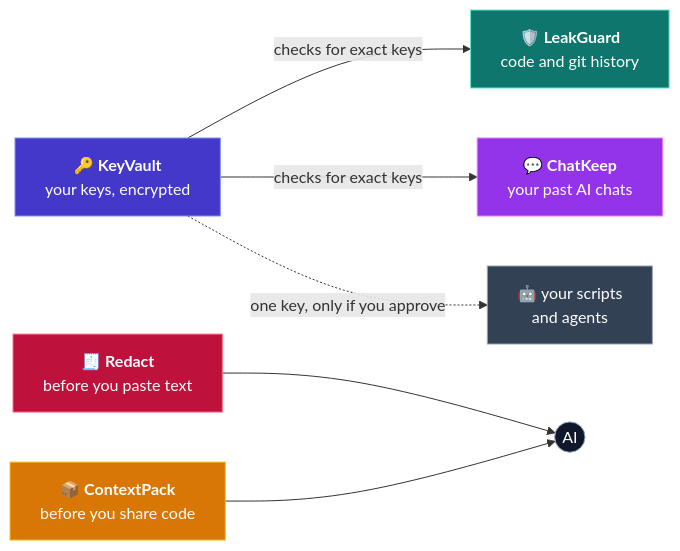
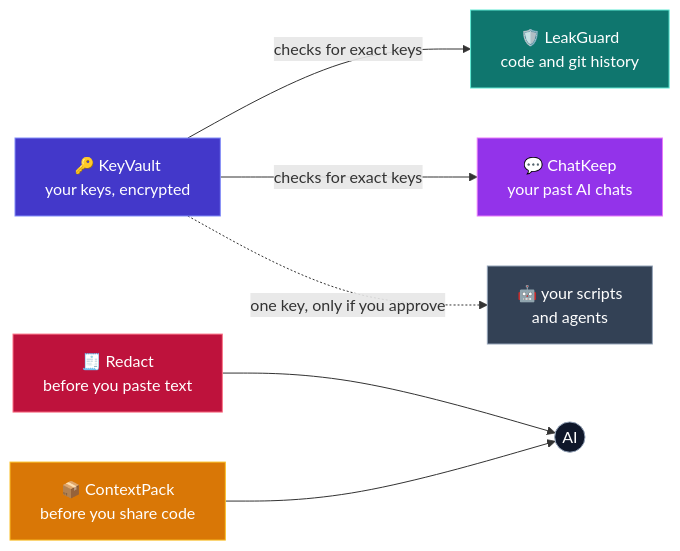
Before and after one commit to tanmayhc7/ai-tools: the diagram in README.md, drawn with Mermaid. The commit also changed other lines of this file, not shown here.

Commit message:
Docs: simplify diagram labels; name the Requirements table columns

````diff
--- a/README.md
+++ b/README.md
@@ -97,24 +97,24 @@
 ```mermaid
 flowchart LR
-    KV["🔑 <b>KeyVault</b><br/>your keys, encrypted"]
-    LG["🛡️ <b>LeakGuard</b><br/>code and git history"]
-    CK["💬 <b>ChatKeep</b><br/>your past AI chats"]
+    KV["🔑 KeyVault<br/>your keys, encrypted"]
+    LG["🛡️ LeakGuard<br/>code and git history"]
+    CK["💬 ChatKeep<br/>your past AI chats"]
     AG["🤖 your scripts<br/>and agents"]
-    RD["🧾 <b>Redact</b><br/>before you paste text"]
-    CP["📦 <b>ContextPack</b><br/>before you share code"]
+    RD["🧾 Redact<br/>before you paste text"]
+    CP["📦 ContextPack<br/>before you share code"]
     AI(("AI"))
 
     KV -- "checks for exact keys" --> LG
     KV -- "checks for exact keys" --> CK
     KV -. "one key, only if you approve" .-> AG
     RD --> AI
     CP --> AI
 
     style KV fill:#4338ca,stroke:#818cf8,color:#fff
     style LG fill:#0f766e,stroke:#5eead4,color:#fff
     style CK fill:#9333ea,stroke:#e879f9,color:#fff
     style RD fill:#be123c,stroke:#fb7185,color:#fff
     style CP fill:#d97706,stroke:#fbbf24,color:#fff
     style AG fill:#334155,stroke:#94a3b8,color:#fff
     style AI fill:#0f172a,stroke:#94a3b8,color:#fff
 ```
````
